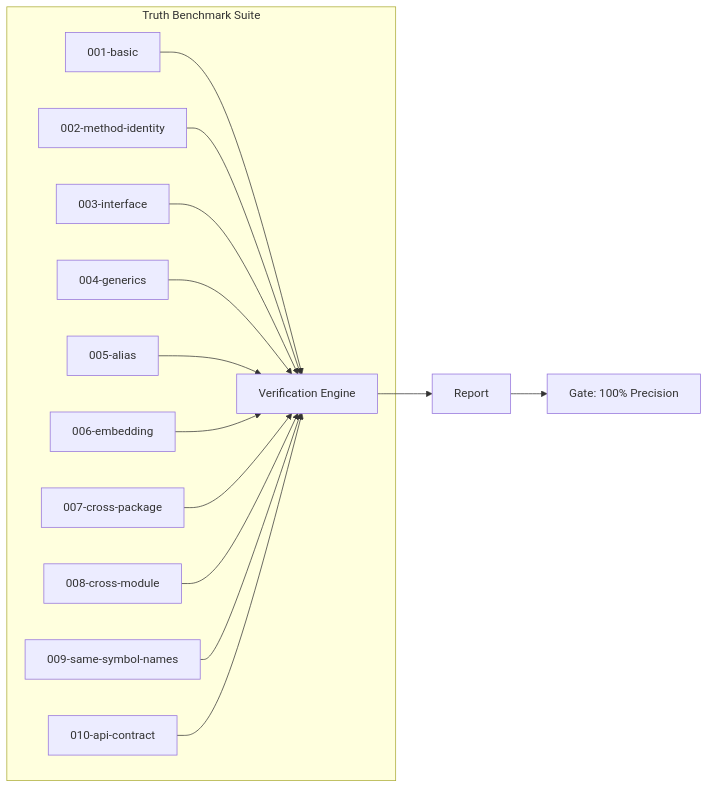
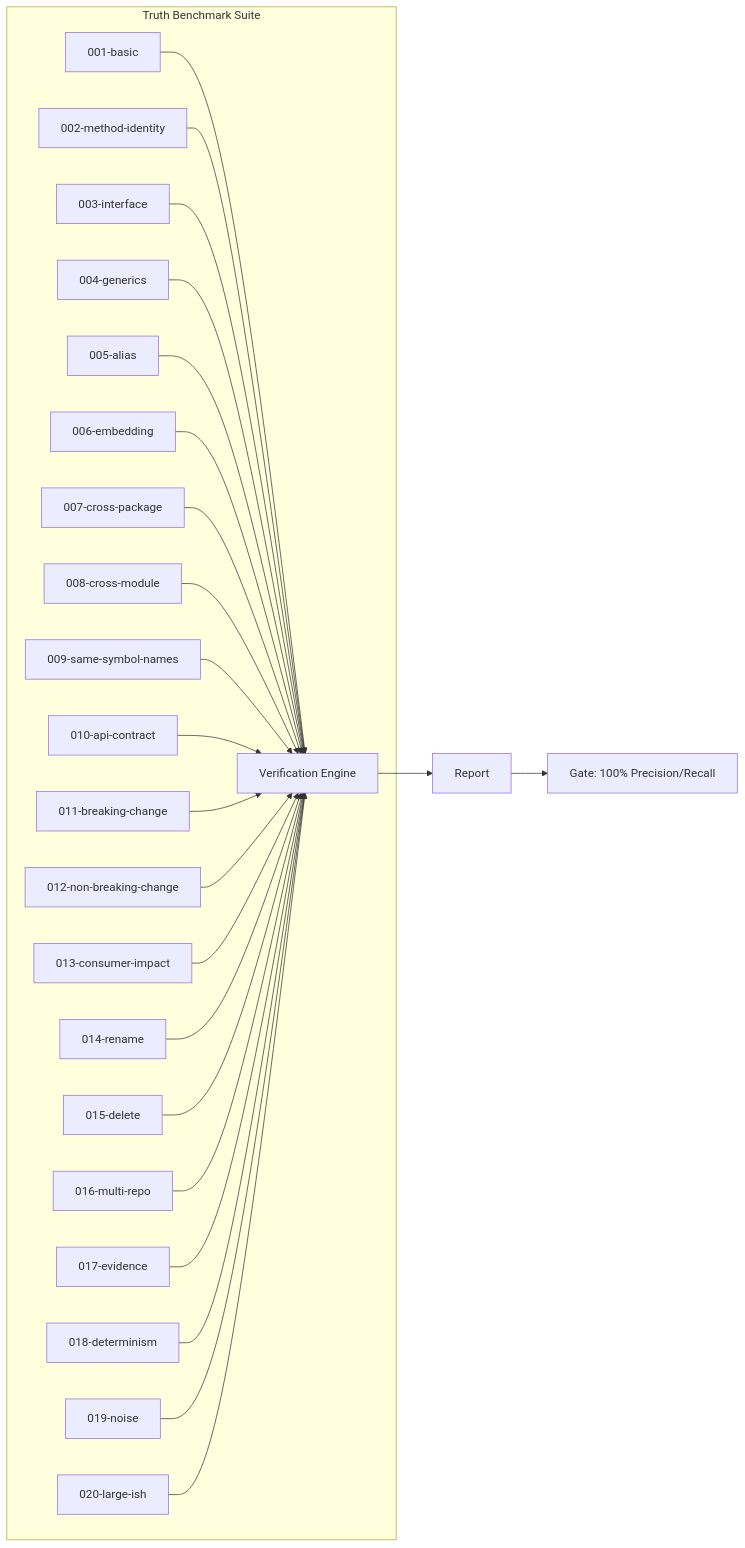
One commit to myshra777-ai/garuda changed the second of 4 diagrams in README.md. Above: the diagram before and after it, drawn with Mermaid. The commit also changed other lines of this file, not shown here.

First line of the commit message:
docs: update README with 20-fixture benchmark results and refined architecture

````diff
--- a/README.md
+++ b/README.md
@@ -171,18 +143,27 @@
 ```mermaid
 flowchart LR
     subgraph Suite["Truth Benchmark Suite"]
         F1[001-basic] --> V[Verification Engine]
         F2[002-method-identity] --> V
         F3[003-interface] --> V
         F4[004-generics] --> V
         F5[005-alias] --> V
         F6[006-embedding] --> V
         F7[007-cross-package] --> V
         F8[008-cross-module] --> V
         F9[009-same-symbol-names] --> V
         F10[010-api-contract] --> V
+        F11[011-breaking-change] --> V
+        F12[012-non-breaking-change] --> V
+        F13[013-consumer-impact] --> V
+        F14[014-rename] --> V
+        F15[015-delete] --> V
+        F16[016-multi-repo] --> V
+        F17[017-evidence] --> V
+        F18[018-determinism] --> V
+        F19[019-noise] --> V
+        F20[020-large-ish] --> V
     end
-    
     V --> R[Report]
-    R --> G[Gate: 100% Precision]
+    R --> G[Gate: 100% Precision/Recall]
 ```
````
